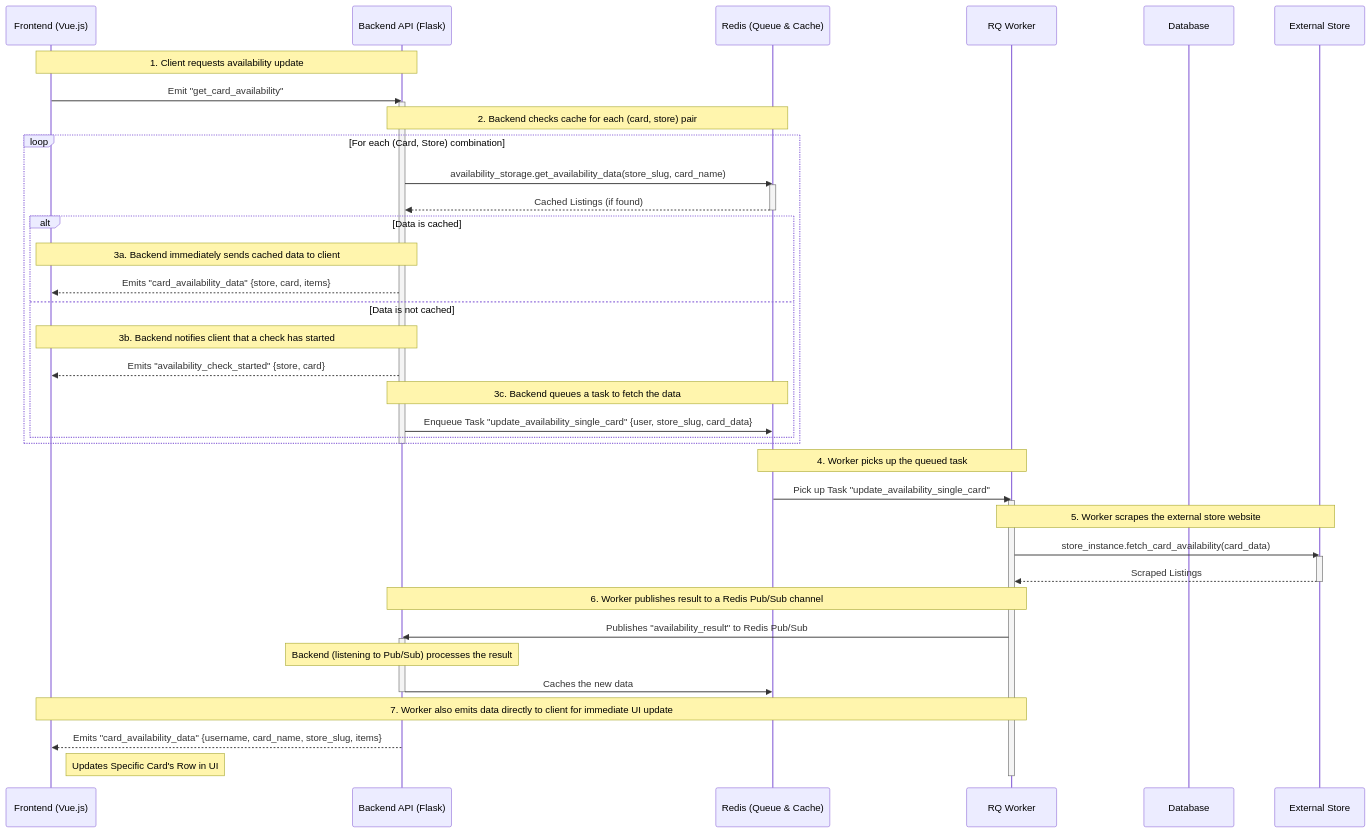
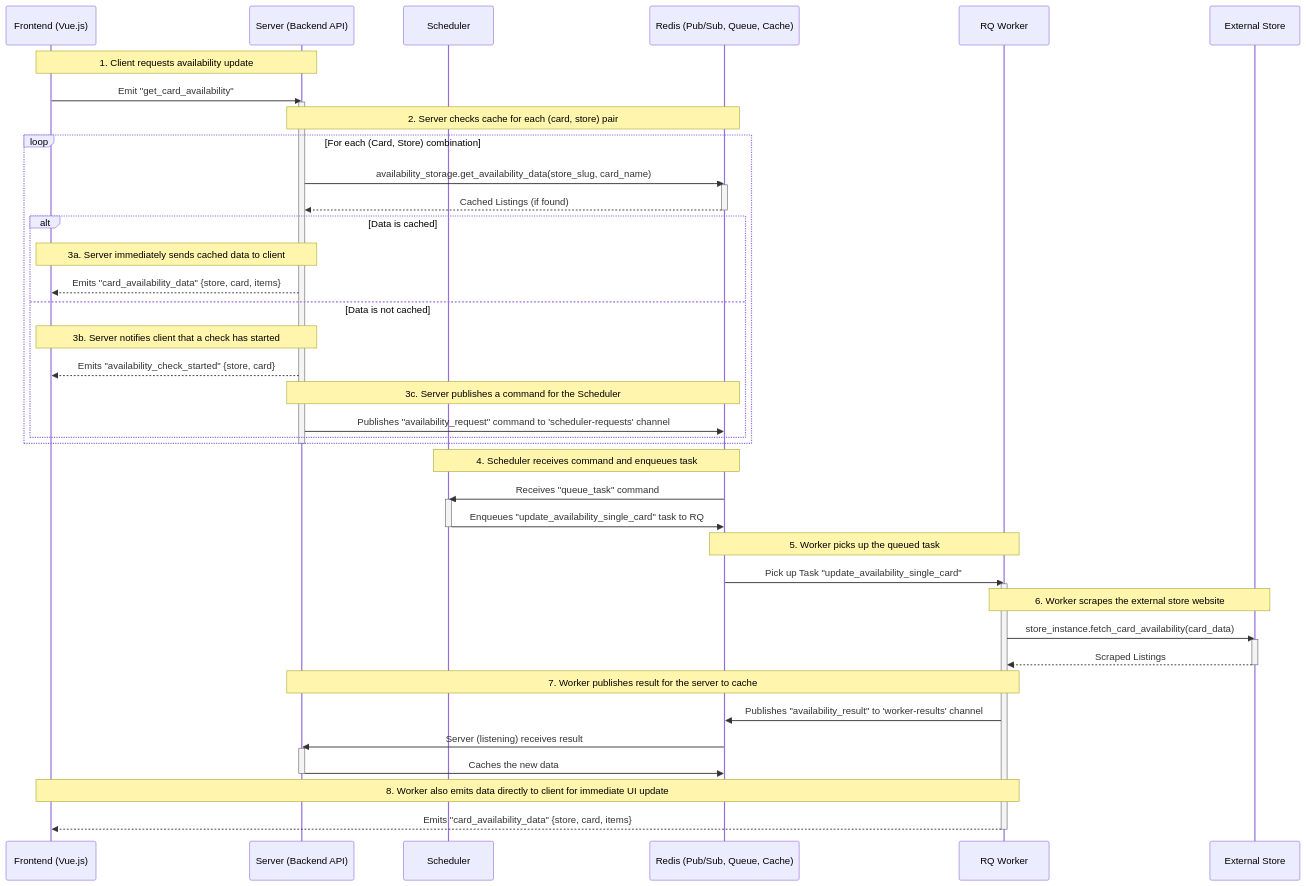
One commit to smileyface/LGS-Stock-Checker changed the fourth of 10 diagrams in docs/docs.md. Above: the diagram before and after it, drawn with Mermaid. The commit also changed other lines of this file and 42 other files, not shown here.

````diff
--- a/docs/docs.md
+++ b/docs/docs.md
@@ -133,56 +147,59 @@
 ```mermaid
 sequenceDiagram
     participant Client as Frontend (Vue.js)
-    participant Backend as Backend API (Flask)
-    participant Redis as Redis (Queue & Cache)
+    participant Server as Server (Backend API)
+    participant Scheduler
+    participant Redis as Redis (Pub/Sub, Queue, Cache)
     participant Worker as RQ Worker
-    participant DB as Database
     participant ExternalStore as External Store
-    
-    Note over Client, Backend: 1. Client requests availability update
-    Client->>Backend: Emit "get_card_availability"
-    activate Backend
-    
-    Note over Backend, Redis: 2. Backend checks cache for each (card, store) pair
+
+    Note over Client, Server: 1. Client requests availability update
+    Client->>Server: Emit "get_card_availability"
+    activate Server
+
+    Note over Server, Redis: 2. Server checks cache for each (card, store) pair
     loop For each (Card, Store) combination
-        Backend->>Redis: availability_storage.get_availability_data(store_slug, card_name)
+        Server->>Redis: availability_storage.get_availability_data(store_slug, card_name)
         activate Redis
-        Redis-->>Backend: Cached Listings (if found)
+        Redis-->>Server: Cached Listings (if found)
         deactivate Redis
-        
+
         alt Data is cached
-            Note over Backend, Client: 3a. Backend immediately sends cached data to client
-            Backend-->>Client: Emits "card_availability_data" {store, card, items}
+            Note over Server, Client: 3a. Server immediately sends cached data to client
+            Server-->>Client: Emits "card_availability_data" {store, card, items}
         else Data is not cached
-            Note over Backend, Client: 3b. Backend notifies client that a check has started
-            Backend-->>Client: Emits "availability_check_started" {store, card}
-            Note over Backend, Redis: 3c. Backend queues a task to fetch the data
-            Backend->>Redis: Enqueue Task "update_availability_single_card" {user, store_slug, card_data}
-            
+            Note over Server, Client: 3b. Server notifies client that a check has started
+            Server-->>Client: Emits "availability_check_started" {store, card}
+            Note over Server, Redis: 3c. Server publishes a command for the Scheduler
+            Server->>Redis: Publishes "availability_request" command to 'scheduler-requests' channel
         end
     end
-    deactivate Backend
-    
-    Note over Redis, Worker: 4. Worker picks up the queued task
+    deactivate Server
+
+    Note over Redis, Scheduler: 4. Scheduler receives command and enqueues task
+    Redis->>Scheduler: Receives "queue_task" command
+    activate Scheduler
+    Scheduler->>Redis: Enqueues "update_availability_single_card" task to RQ
+    deactivate Scheduler
+
+    Note over Redis, Worker: 5. Worker picks up the queued task
     Redis->>Worker: Pick up Task "update_availability_single_card"
     activate Worker
-    
-    Note over Worker, ExternalStore: 5. Worker scrapes the external store website
+
+    Note over Worker, ExternalStore: 6. Worker scrapes the external store website
     Worker->>ExternalStore: store_instance.fetch_card_availability(card_data)
     activate ExternalStore
     ExternalStore-->>Worker: Scraped Listings
     deactivate ExternalStore
-    
-    Note over Worker, Backend: 6. Worker publishes result to a Redis Pub/Sub channel
-    Worker->>Backend: Publishes "availability_result" to Redis Pub/Sub
-    activate Backend
-    Note over Backend: Backend (listening to Pub/Sub) processes the result
-    Backend->>Redis: Caches the new data
-    deactivate Backend
-    
-    Note over Worker, Client: 7. Worker also emits data directly to client for immediate UI update
-    Backend-->>Client: Emits "card_availability_data" {username, card_name, store_slug, items}
-    Note right of Client: Updates Specific Card's Row in UI
 
+    Note over Worker, Server: 7. Worker publishes result for the server to cache
+    Worker->>Redis: Publishes "availability_result" to 'worker-results' channel
+    Redis->>Server: Server (listening) receives result
+    activate Server
+    Server->>Redis: Caches the new data
+    deactivate Server
+
+    Note over Worker, Client: 8. Worker also emits data directly to client for immediate UI update
+    Worker-->>Client: Emits "card_availability_data" {store, card, items}
     deactivate Worker
 ```
````
